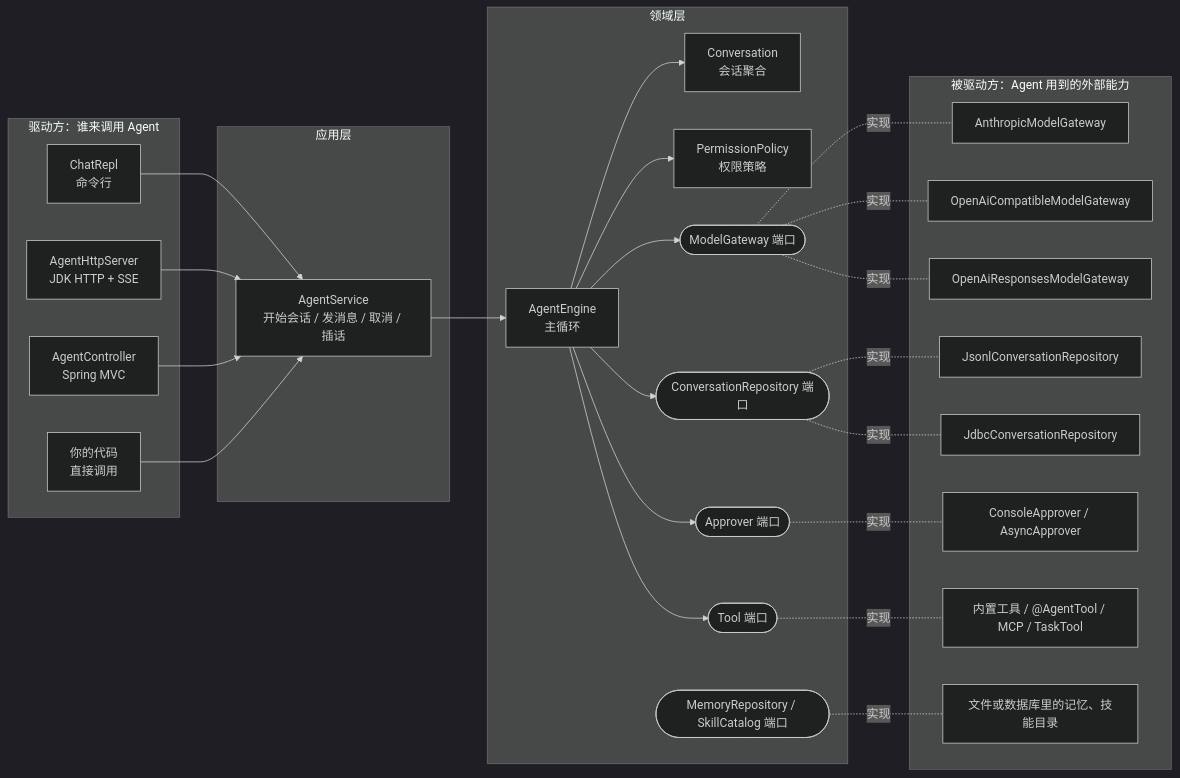
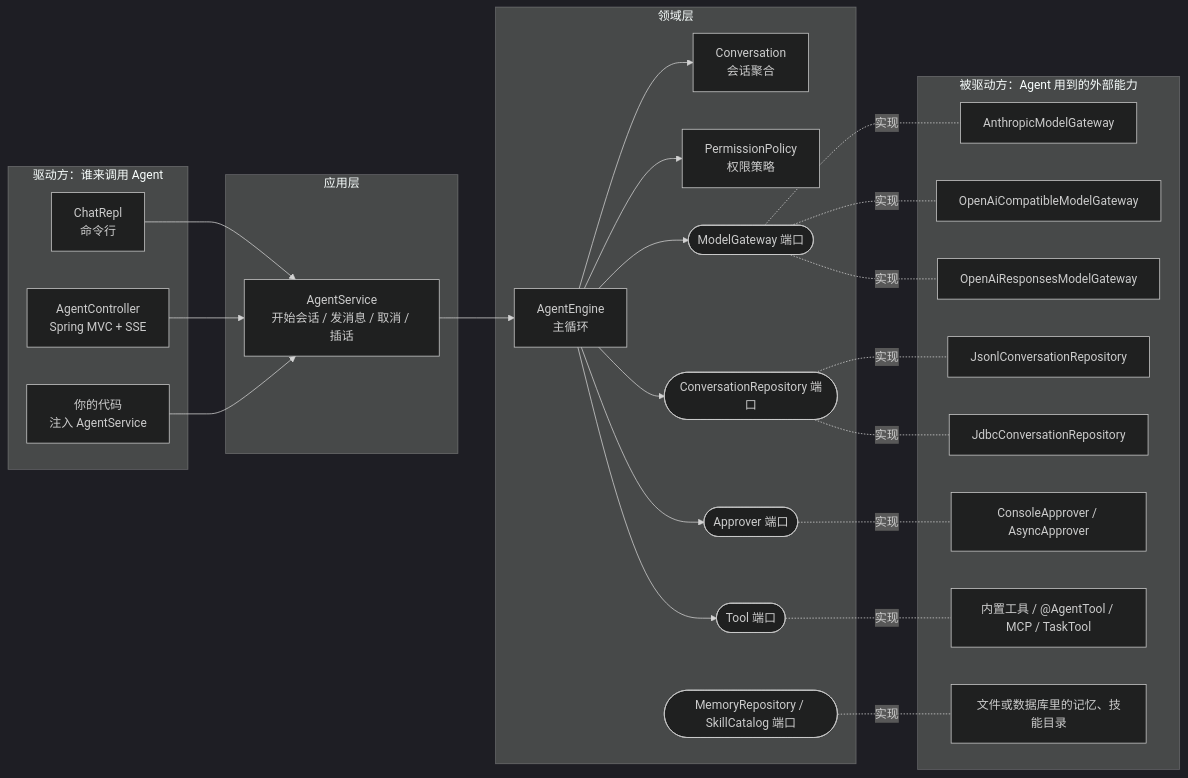
One commit to stackJx/agent-java changed the second of 5 diagrams in docs/01-architecture.md. Above: the diagram before and after it, drawn with Mermaid (dark theme). The commit also changed other lines of this file and 40 other files, not shown here.

````diff
--- a/docs/01-architecture.md
+++ b/docs/01-architecture.md
@@ -43,55 +41,53 @@
 ```mermaid
 flowchart LR
     subgraph IN["驱动方：谁来调用 Agent"]
         CLI["ChatRepl<br/>命令行"]
-        HTTP["AgentHttpServer<br/>JDK HTTP + SSE"]
-        MVC["AgentController<br/>Spring MVC"]
-        EMB["你的代码<br/>直接调用"]
+        MVC["AgentController<br/>Spring MVC + SSE"]
+        EMB["你的代码<br/>注入 AgentService"]
     end
 
     subgraph APP["应用层"]
         SVC["AgentService<br/>开始会话 / 发消息 / 取消 / 插话"]
     end
 
     subgraph DOMAIN["领域层"]
         ENGINE["AgentEngine<br/>主循环"]
         CONV["Conversation<br/>会话聚合"]
         POLICY["PermissionPolicy<br/>权限策略"]
         P1(["ModelGateway 端口"])
         P2(["ConversationRepository 端口"])
         P3(["Approver 端口"])
         P4(["Tool 端口"])
         P5(["MemoryRepository / SkillCatalog 端口"])
     end
 
     subgraph OUT["被驱动方：Agent 用到的外部能力"]
         M1["AnthropicModelGateway"]
         M2["OpenAiCompatibleModelGateway"]
         M3["OpenAiResponsesModelGateway"]
         R1["JsonlConversationRepository"]
         R2["JdbcConversationRepository"]
         A1["ConsoleApprover / AsyncApprover"]
         T1["内置工具 / @AgentTool / MCP / TaskTool"]
         S1["文件或数据库里的记忆、技能目录"]
     end
 
     CLI --> SVC
-    HTTP --> SVC
     MVC --> SVC
     EMB --> SVC
     SVC --> ENGINE
     ENGINE --> CONV
     ENGINE --> POLICY
     ENGINE --> P1
     ENGINE --> P2
     ENGINE --> P3
     ENGINE --> P4
     P1 -.实现.- M1
     P1 -.实现.- M2
     P1 -.实现.- M3
     P2 -.实现.- R1
     P2 -.实现.- R2
     P3 -.实现.- A1
     P4 -.实现.- T1
     P5 -.实现.- S1
 ```
````
